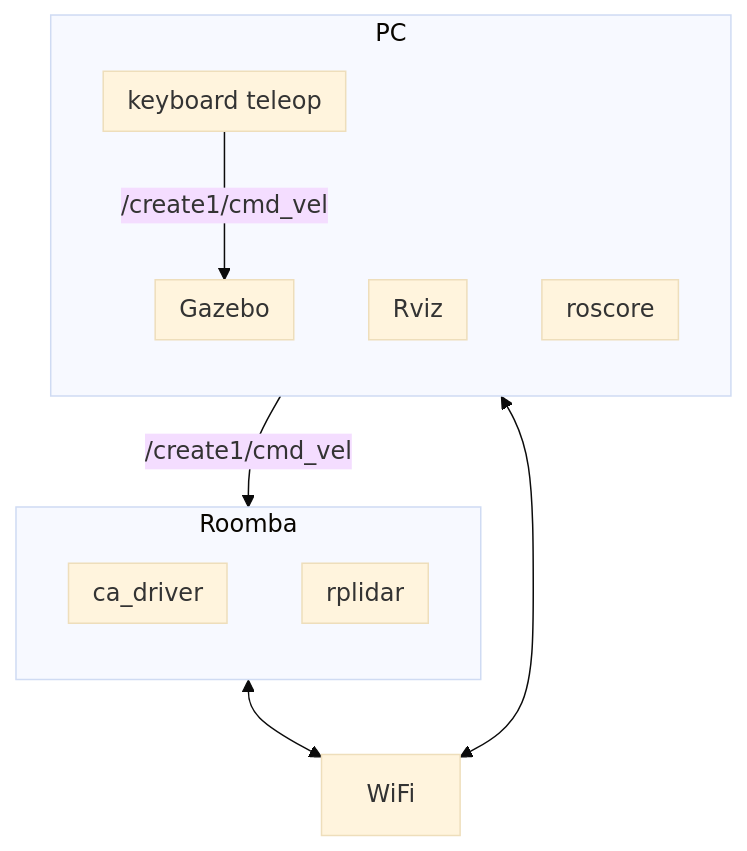
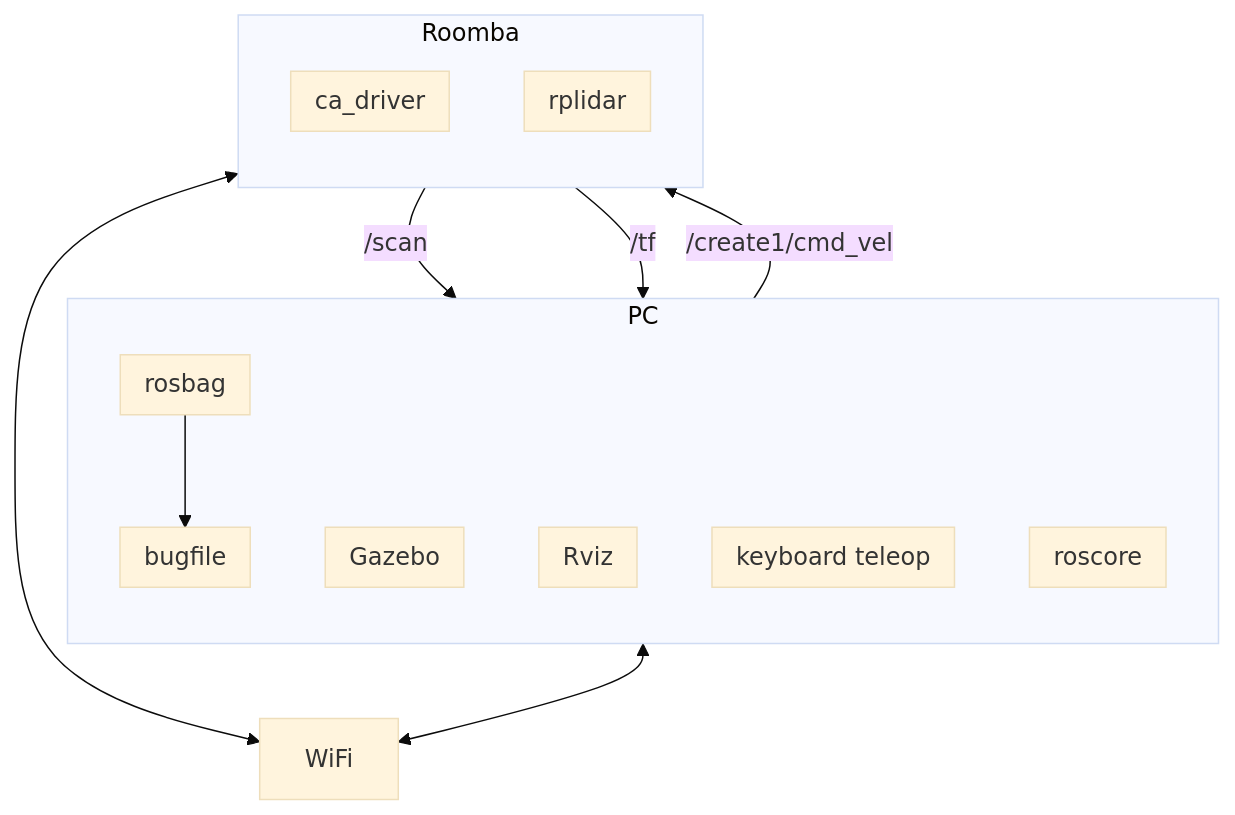
One commit to docofab/RoombaControlls changed the diagram in ROS/instructions/setup-real-roomba-rasppi_3.md. Above: the diagram before and after it, drawn with Mermaid (base theme). The commit also changed other lines of this file, not shown here.

````diff
--- a/ROS/instructions/setup-real-roomba-rasppi_3.md
+++ b/ROS/instructions/setup-real-roomba-rasppi_3.md
@@ -9,31 +9,39 @@
 ```mermaid
 flowchart TB
   subgraph PC
     direction TB
-    subgraph B1[roscore]
+    subgraph B2[roscore]
         direction TB
     end
-    subgraph B3[Rviz]
+    subgraph B3[keyboard teleop]
         direction TB
     end
-    subgraph B2[Gazebo]
+    subgraph B6[Rviz]
         direction TB
     end
-    subgraph B4[keyboard teleop]
+    subgraph B7[Gazebo]
+        direction TB
+    end
+    subgraph B4[rosbag]
+        direction TB
+    end
+    subgraph B5[bugfile]
         direction TB
     end
   end
   subgraph Roomba
     direction TB
     subgraph C2[rplidar]
         direction TB
     end
     subgraph C1[ca_driver]
         direction TB
     end
   end
-B4 -- /create1/cmd_vel --> B2
-B4 -- /create1/cmd_vel --> C1
+B3 -- /create1/cmd_vel --> C1
+C2 -- /scan --> B4
+C1 -- /tf --> B4
+B4 --> B5
 PC <--> WiFi
 Roomba <--> WiFi
 ```
````
